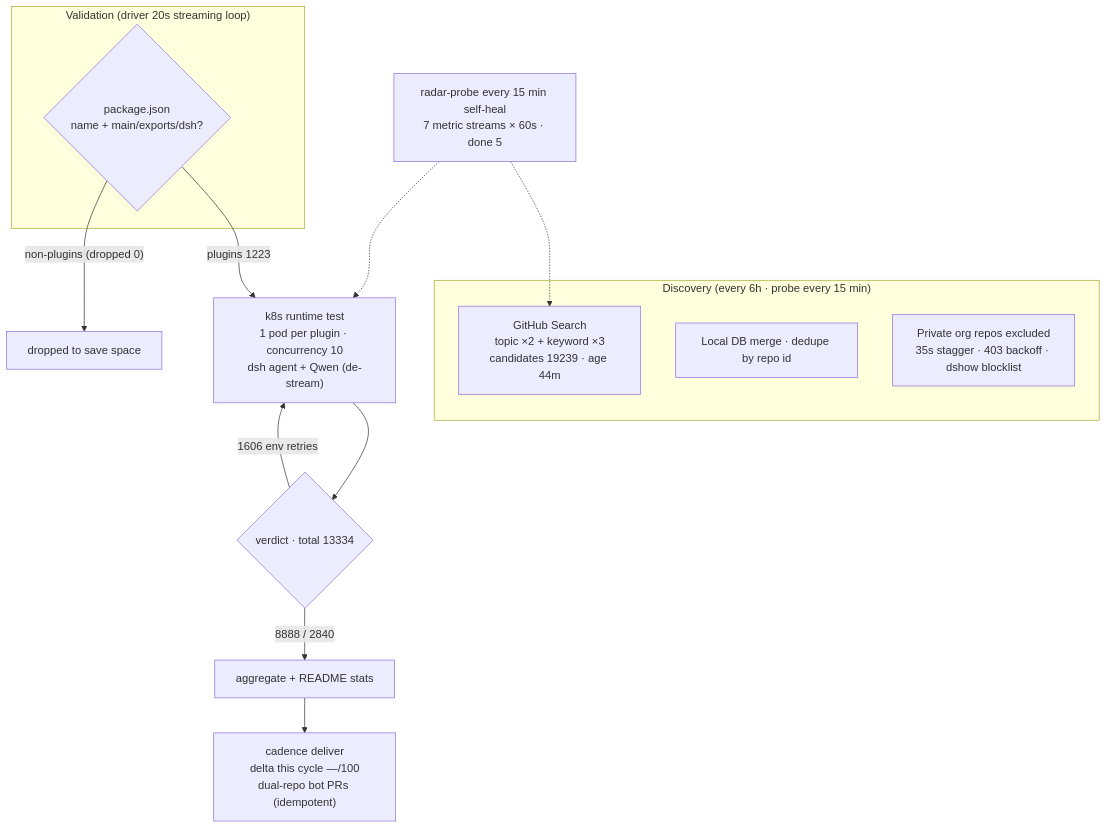
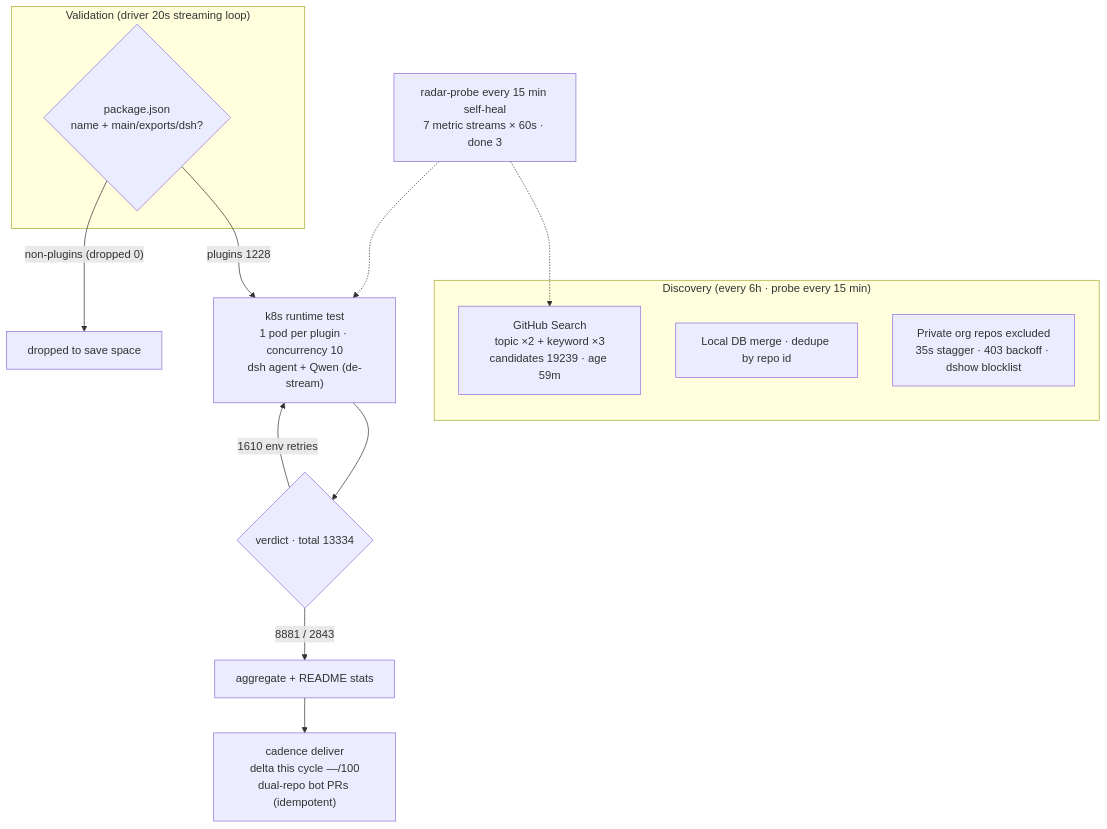
Before and after one commit to AdamPlatin123/dsh-plugin-radar: the diagram in README.en-US.md, drawn with Mermaid. The commit also changed other lines of this file and 10 other files, not shown here.

````diff
--- a/README.en-US.md
+++ b/README.en-US.md
@@ -45,20 +45,20 @@
 ```mermaid
 flowchart TB
     subgraph Discovery["Discovery (every 6h · probe every 15 min)"]
-        A1["GitHub Search<br/>topic ×2 + keyword ×3<br/>candidates 19239 · age 44m"]
+        A1["GitHub Search<br/>topic ×2 + keyword ×3<br/>candidates 19239 · age 59m"]
         A2["Local DB merge · dedupe by repo id"]
         A3["Private org repos excluded<br/>35s stagger · 403 backoff · dshow blocklist"]
     end
     subgraph Validation["Validation (driver 20s streaming loop)"]
         B1{"package.json<br/>name + main/exports/dsh?"}
     end
-    B1 -->|"plugins 1223"| C1["k8s runtime test<br/>1 pod per plugin · concurrency 10<br/>dsh agent + Qwen (de-stream)"]
+    B1 -->|"plugins 1228"| C1["k8s runtime test<br/>1 pod per plugin · concurrency 10<br/>dsh agent + Qwen (de-stream)"]
     B1 -->|"non-plugins (dropped 0)"| B3["dropped to save space"]
     C1 --> D1{"verdict · total 13334"}
-    D1 -->|"8888 / 2840"| E1["aggregate + README stats"]
-    D1 -->|"1606 env retries"| C1
+    D1 -->|"8881 / 2843"| E1["aggregate + README stats"]
+    D1 -->|"1610 env retries"| C1
     E1 --> E2["cadence deliver<br/>delta this cycle —/100<br/>dual-repo bot PRs (idempotent)"]
-    M["radar-probe every 15 min self-heal<br/>7 metric streams × 60s · done 5"]
+    M["radar-probe every 15 min self-heal<br/>7 metric streams × 60s · done 3"]
     M -.-> A1
     M -.-> C1
 ```
````
